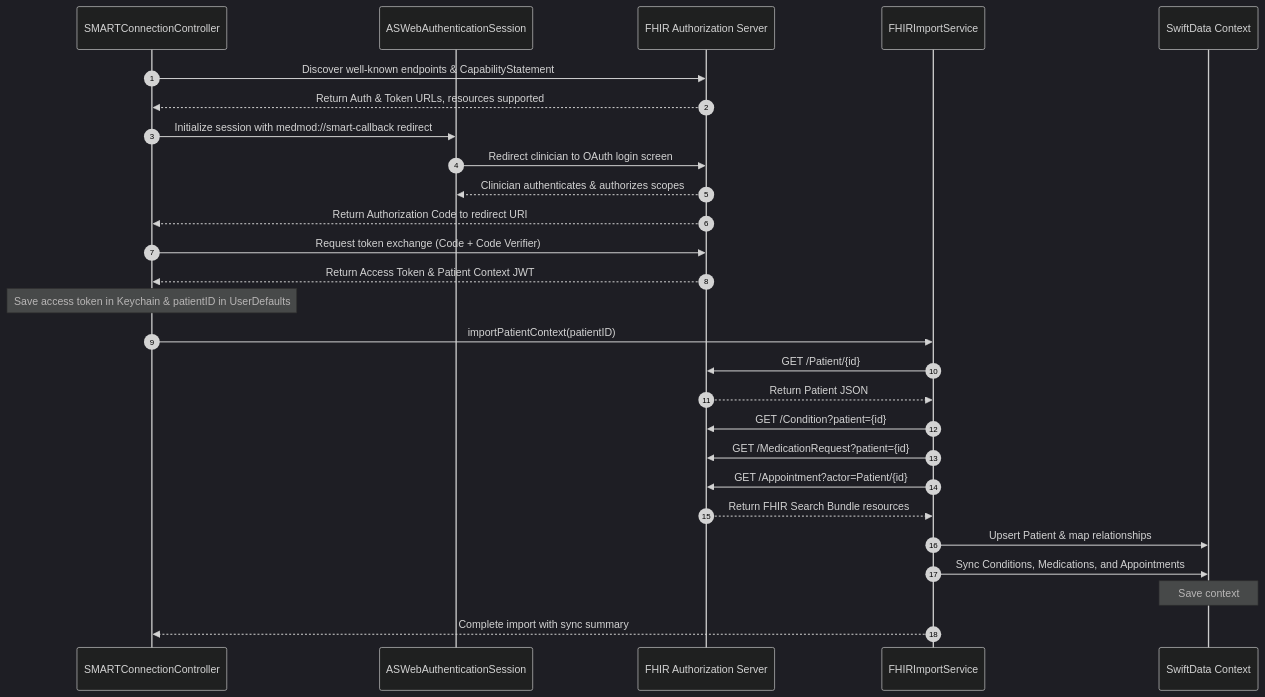
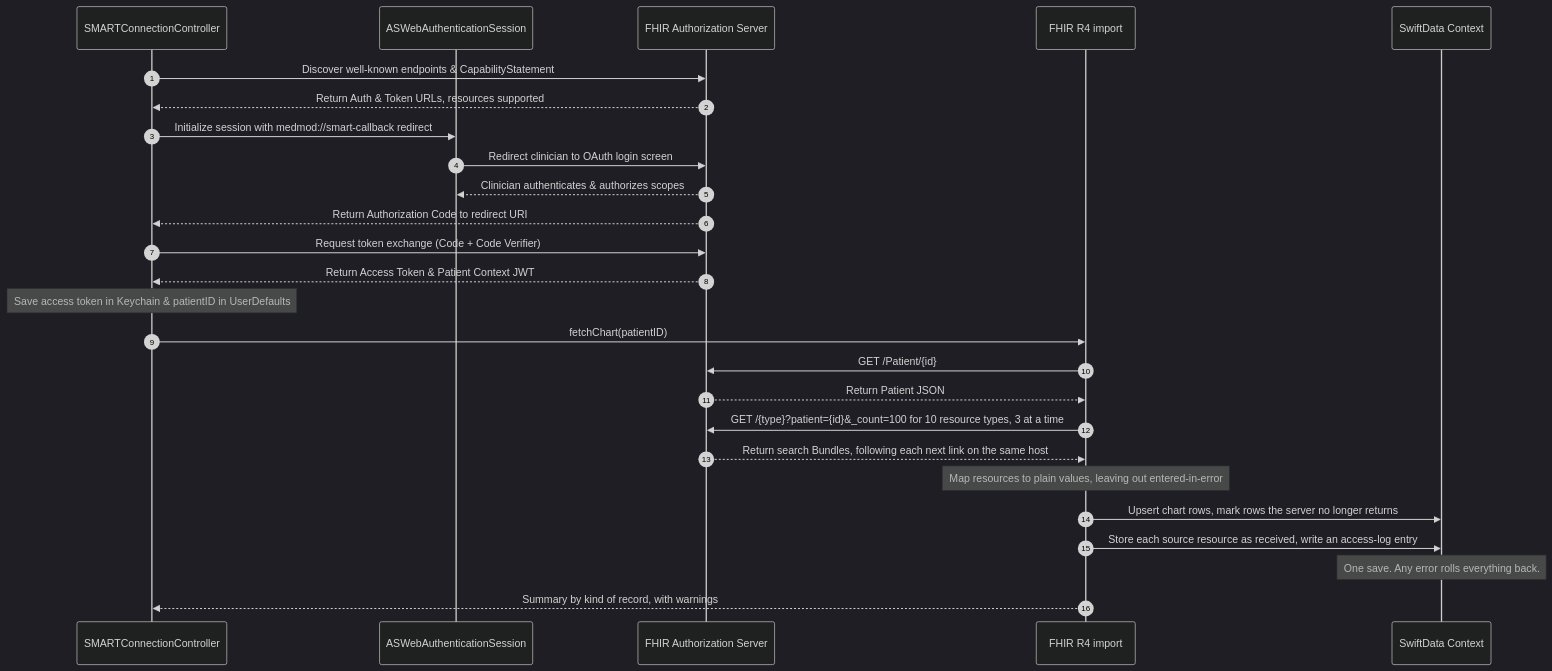
Before and after one commit to Gunnarguy/OpenClinic: the third of 4 diagrams in ARCHITECTURE.md, drawn with Mermaid (dark theme). The commit also changed other lines of this file and 10 other files, not shown here.

````diff
--- a/ARCHITECTURE.md
+++ b/ARCHITECTURE.md
@@ -164,31 +169,30 @@
 ```mermaid
 sequenceDiagram
     autonumber
     participant UI as SMARTConnectionController
     participant Auth as ASWebAuthenticationSession
     participant Server as FHIR Authorization Server
-    participant Sync as FHIRImportService
+    participant Sync as FHIR R4 import
     participant DB as SwiftData Context
 
     UI->>Server: Discover well-known endpoints & CapabilityStatement
     Server-->>UI: Return Auth & Token URLs, resources supported
     UI->>Auth: Initialize session with medmod://smart-callback redirect
     Auth->>Server: Redirect clinician to OAuth login screen
     Server-->>Auth: Clinician authenticates & authorizes scopes
     Server-->>UI: Return Authorization Code to redirect URI
     UI->>Server: Request token exchange (Code + Code Verifier)
     Server-->>UI: Return Access Token & Patient Context JWT
     Note over UI: Save access token in Keychain & patientID in UserDefaults
     
-    UI->>Sync: importPatientContext(patientID)
+    UI->>Sync: fetchChart(patientID)
     Sync->>Server: GET /Patient/{id}
     Server-->>Sync: Return Patient JSON
-    Sync->>Server: GET /Condition?patient={id}
-    Sync->>Server: GET /MedicationRequest?patient={id}
-    Sync->>Server: GET /Appointment?actor=Patient/{id}
-    Server-->>Sync: Return FHIR Search Bundle resources
-    Sync->>DB: Upsert Patient & map relationships
-    Sync->>DB: Sync Conditions, Medications, and Appointments
-    Note over DB: Save context
-    Sync-->>UI: Complete import with sync summary
+    Sync->>Server: GET /{type}?patient={id}&_count=100 for 10 resource types, 3 at a time
+    Server-->>Sync: Return search Bundles, following each next link on the same host
+    Note over Sync: Map resources to plain values, leaving out entered-in-error
+    Sync->>DB: Upsert chart rows, mark rows the server no longer returns
+    Sync->>DB: Store each source resource as received, write an access-log entry
+    Note over DB: One save. Any error rolls everything back.
+    Sync-->>UI: Summary by kind of record, with warnings
 ```
````
